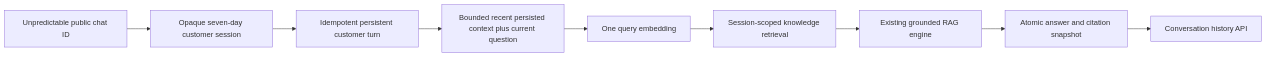
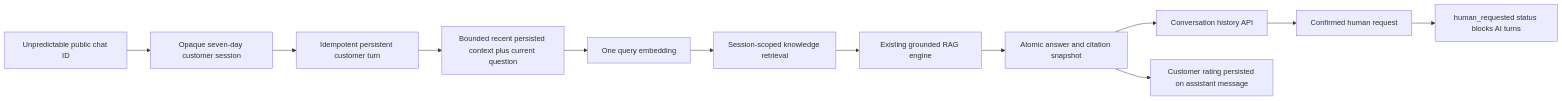
One commit to TheVJ0000/SupportPilot-AI changed the fifth of 7 diagrams in docs/ARCHITECTURE.md. Above: the diagram before and after it, drawn with Mermaid. The commit also changed other lines of this file and 15 other files, not shown here.

Commit message:
Add customer feedback and human handoff

````diff
--- a/docs/ARCHITECTURE.md
+++ b/docs/ARCHITECTURE.md
@@ -144,11 +144,14 @@
 ```mermaid
 flowchart LR
     ID[Unpredictable public chat ID] --> SESSION[Opaque seven-day customer session]
     SESSION --> TURN[Idempotent persistent customer turn]
     TURN --> CONTEXT[Bounded recent persisted context plus current question]
     CONTEXT --> EMBED[One query embedding]
     EMBED --> RET[Session-scoped knowledge retrieval]
     RET --> RAG[Existing grounded RAG engine]
     RAG --> SAVE[Atomic answer and citation snapshot]
     SAVE --> HISTORY[Conversation history API]
+    SAVE --> FEEDBACK[Customer rating persisted on assistant message]
+    HISTORY --> HANDOFF[Confirmed human request]
+    HANDOFF --> PAUSE[human_requested status blocks AI turns]
 ```
````
